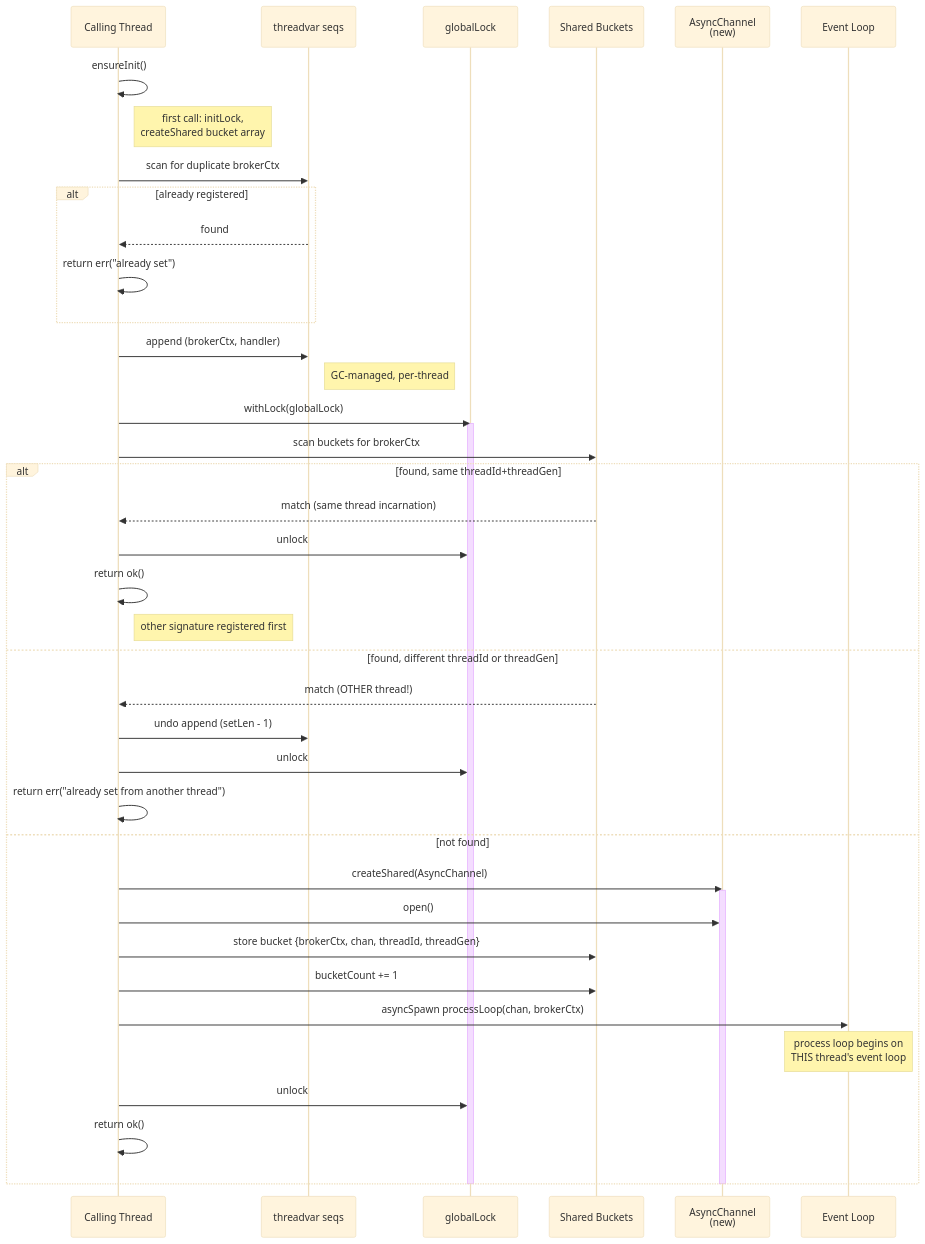
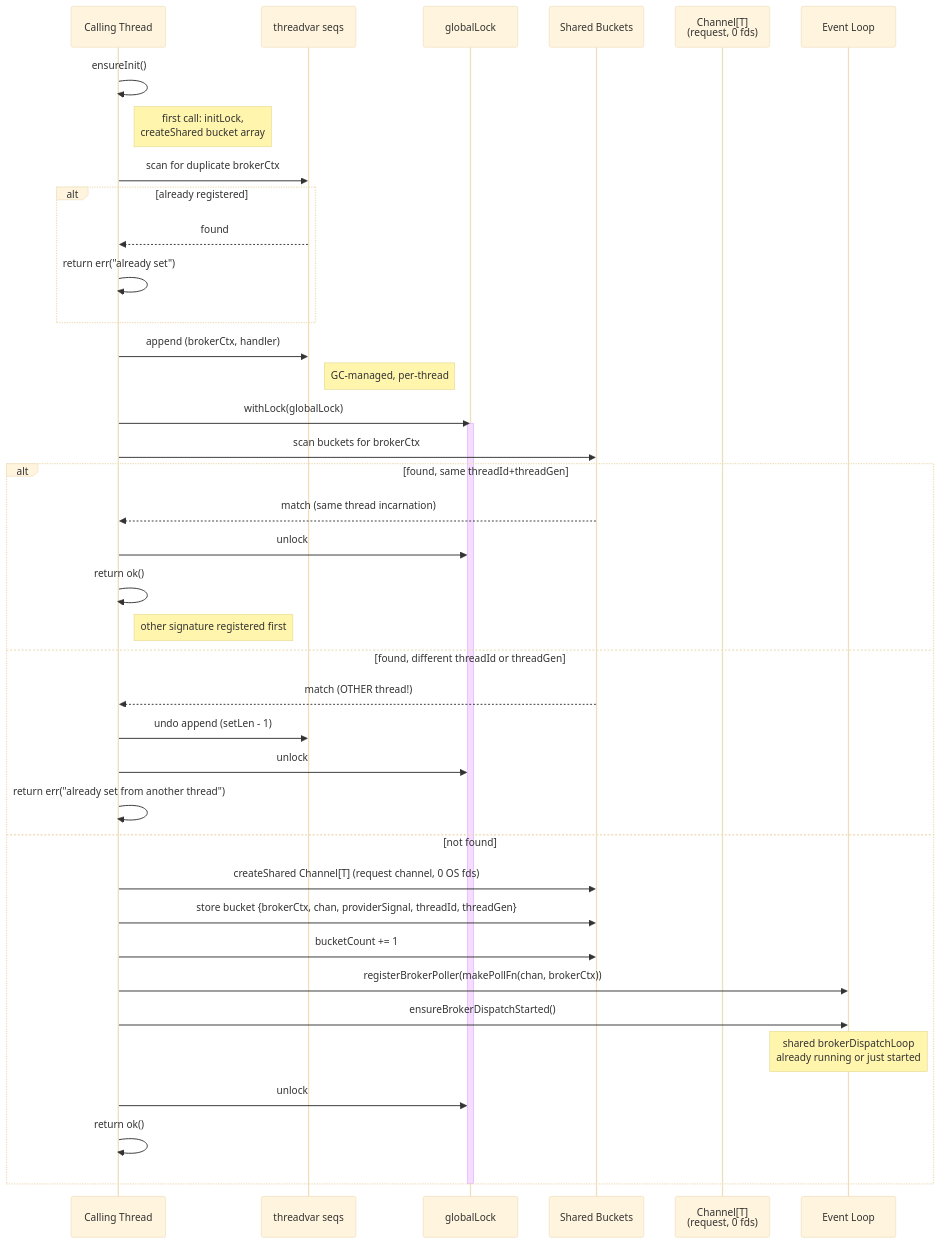
Before and after one commit to NagyZoltanPeter/nim-brokers: the third of 5 diagrams in doc/MultiThread_RequestBroker.md, drawn with Mermaid (base theme). The commit also changed other lines of this file and 4 other files, not shown here.

````diff
--- a/doc/MultiThread_RequestBroker.md
+++ b/doc/MultiThread_RequestBroker.md
@@ -369,49 +359,47 @@
 ```mermaid
 sequenceDiagram
     participant CT as Calling Thread
     participant TV as threadvar seqs
     participant GL as globalLock
     participant B as Shared Buckets
-    participant CH as AsyncChannel<br/>(new)
+    participant CH as Channel[T]<br/>(request, 0 fds)
     participant EL as Event Loop
 
     CT ->> CT: ensureInit()
     Note right of CT: first call: initLock,<br/>createShared bucket array
 
     CT ->> TV: scan for duplicate brokerCtx
     alt already registered
         TV -->> CT: found
         CT ->> CT: return err("already set")
     end
 
     CT ->> TV: append (brokerCtx, handler)
     Note right of TV: GC-managed, per-thread
 
     CT ->> GL: withLock(globalLock)
     activate GL
 
     CT ->> B: scan buckets for brokerCtx
     alt found, same threadId+threadGen
         B -->> CT: match (same thread incarnation)
         CT ->> GL: unlock
         CT ->> CT: return ok()
         Note right of CT: other signature registered first
     else found, different threadId or threadGen
         B -->> CT: match (OTHER thread!)
         CT ->> TV: undo append (setLen - 1)
         CT ->> GL: unlock
         CT ->> CT: return err("already set from another thread")
     else not found
-        CT ->> CH: createShared(AsyncChannel)
-        activate CH
-        CT ->> CH: open()
-        CT ->> B: store bucket {brokerCtx, chan, threadId, threadGen}
+        CT ->> B: createShared Channel[T] (request channel, 0 OS fds)
+        CT ->> B: store bucket {brokerCtx, chan, providerSignal, threadId, threadGen}
         CT ->> B: bucketCount += 1
-        CT ->> EL: asyncSpawn processLoop(chan, brokerCtx)
-        Note over EL: process loop begins on<br/>THIS thread's event loop
+        CT ->> EL: registerBrokerPoller(makePollFn(chan, brokerCtx))
+        CT ->> EL: ensureBrokerDispatchStarted()
+        Note over EL: shared brokerDispatchLoop<br/>already running or just started
         CT ->> GL: unlock
         CT ->> CT: return ok()
     end
     deactivate GL
-    deactivate CH
 ```
````
